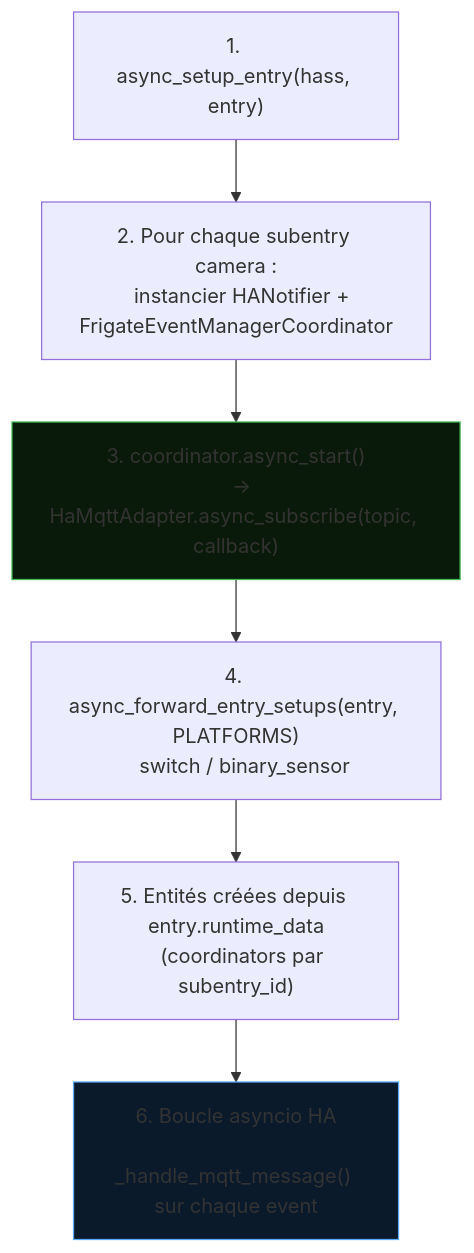
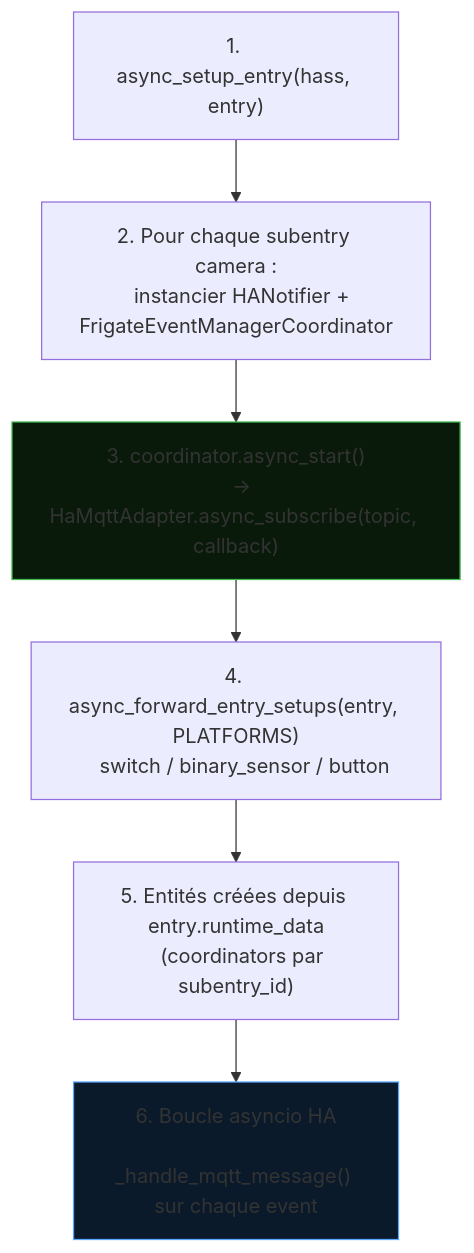
One commit to trowaflo/frigate-event-manager changed the fourth of 4 diagrams in docs/architecture.md. Above: the diagram before and after it, drawn with Mermaid. The commit also changed other lines of this file and 2 other files, not shown here.

Commit message:
refactor: notify-and-record, silent expiry cleanup, migrate False, doc architecture

````diff
--- a/docs/architecture.md
+++ b/docs/architecture.md
@@ -177,14 +179,14 @@
 ```mermaid
 graph TD
     S1["1. async_setup_entry(hass, entry)"]
     S2["2. Pour chaque subentry camera :\n   instancier HANotifier + FrigateEventManagerCoordinator"]
     S3["3. coordinator.async_start()\n   → HaMqttAdapter.async_subscribe(topic, callback)"]
-    S4["4. async_forward_entry_setups(entry, PLATFORMS)\n   switch / binary_sensor"]
+    S4["4. async_forward_entry_setups(entry, PLATFORMS)\n   switch / binary_sensor / button"]
     S5["5. Entités créées depuis entry.runtime_data\n   (coordinators par subentry_id)"]
     S6["6. Boucle asyncio HA\n   _handle_mqtt_message() sur chaque event"]
 
     S1 --> S2 --> S3 --> S4 --> S5 --> S6
 
     style S3 fill:#0a1a0a,stroke:#3fb950
     style S6 fill:#0a1a2a,stroke:#58a6ff
 ```
````
